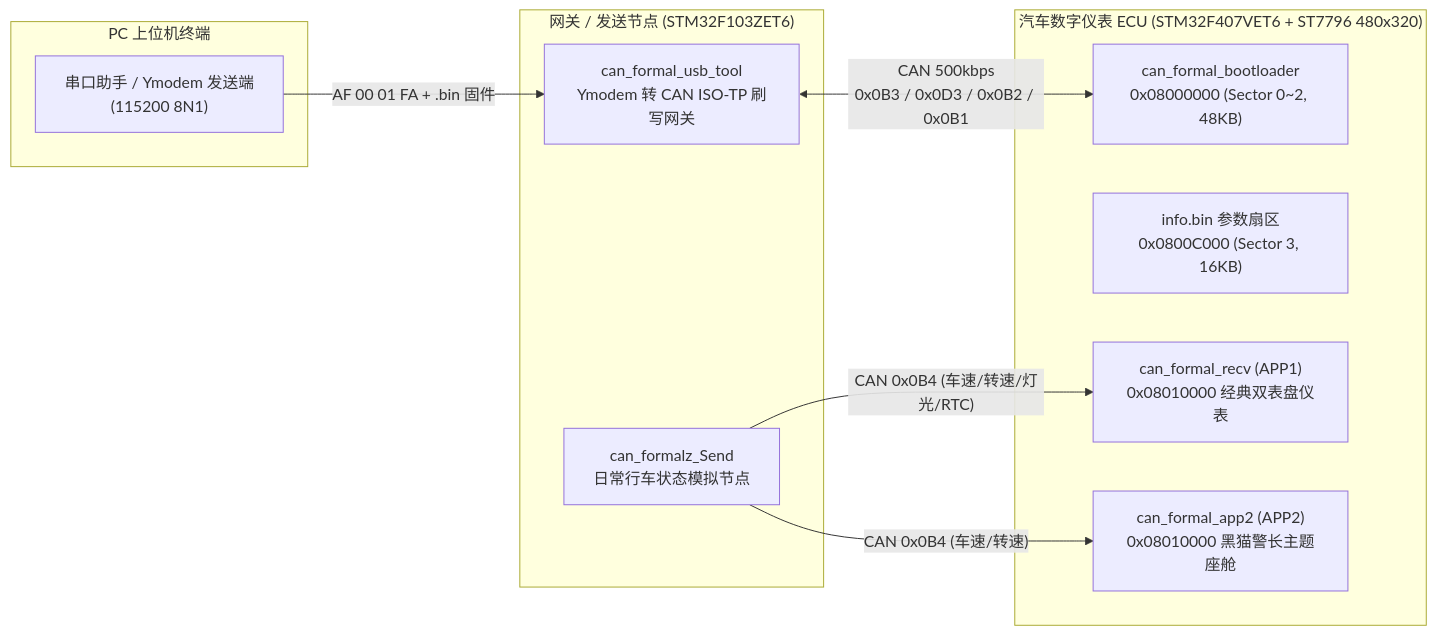
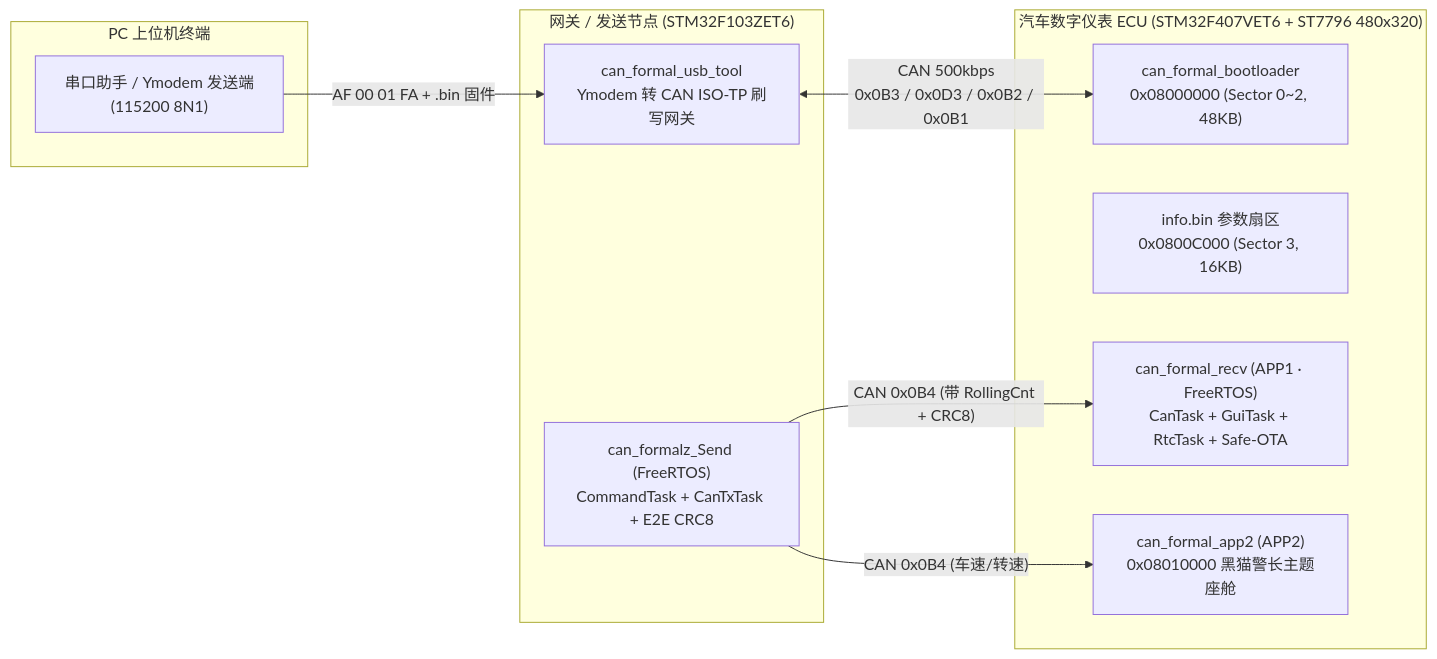
One commit to 0xBridgeChen/STM32-CAN-LVGL-Dashboard-IAP-OTA changed the first of 2 diagrams in README.md. Above: the diagram before and after it, drawn with Mermaid. The commit also changed other lines of this file and 261 other files, not shown here.

````diff
--- a/README.md
+++ b/README.md
@@ -9,23 +20,23 @@
 ```mermaid
 flowchart LR
     subgraph PC["PC 上位机终端"]
         U2["串口助手 / Ymodem 发送端<br/>(115200 8N1)"]
     end
 
     subgraph ZET6["网关 / 发送节点 (STM32F103ZET6)"]
-        SEND["can_formalz_Send<br/>日常行车状态模拟节点"]
+        SEND["can_formalz_Send (FreeRTOS)<br/>CommandTask + CanTxTask + E2E CRC8"]
         TOOL["can_formal_usb_tool<br/>Ymodem 转 CAN ISO-TP 刷写网关"]
     end
 
     subgraph F407["汽车数字仪表 ECU (STM32F407VET6 + ST7796 480x320)"]
         BOOT["can_formal_bootloader<br/>0x08000000 (Sector 0~2, 48KB)"]
         PARAM["info.bin 参数扇区<br/>0x0800C000 (Sector 3, 16KB)"]
-        APP1["can_formal_recv (APP1)<br/>0x08010000 经典双表盘仪表"]
+        APP1["can_formal_recv (APP1 · FreeRTOS)<br/>CanTask + GuiTask + RtcTask + Safe-OTA"]
         APP2["can_formal_app2 (APP2)<br/>0x08010000 黑猫警长主题座舱"]
     end
 
     U2 -->|"AF 00 01 FA + .bin 固件"| TOOL
-    SEND -->|"CAN 0x0B4 (车速/转速/灯光/RTC)"| APP1
+    SEND -->|"CAN 0x0B4 (带 RollingCnt + CRC8)"| APP1
     SEND -->|"CAN 0x0B4 (车速/转速)"| APP2
     TOOL <-->|"CAN 500kbps<br/>0x0B3 / 0x0D3 / 0x0B2 / 0x0B1"| BOOT
 ```
````
